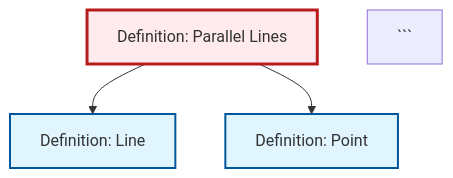
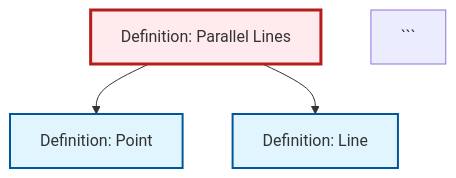
One commit to RK0429/ModernMath changed the diagram in output/mermaid/def-parallel.mermaid. Above: the diagram before and after it, drawn with Mermaid. The commit also changed other lines of this file and 433 other files, not shown here.

````diff
--- a/output/mermaid/def-parallel.mermaid
+++ b/output/mermaid/def-parallel.mermaid
@@ -1,14 +1,14 @@
 %%| fig-cap: "Local dependency graph"
 graph TD
     classDef definition fill:#e1f5fe,stroke:#01579b,stroke-width:2px
     classDef theorem fill:#f3e5f5,stroke:#4a148c,stroke-width:2px
     classDef axiom fill:#fff3e0,stroke:#e65100,stroke-width:2px
     classDef example fill:#e8f5e9,stroke:#1b5e20,stroke-width:2px
     classDef current fill:#ffebee,stroke:#b71c1c,stroke-width:3px
+    def-parallel["Definition: Parallel Lines"]:::definition
     def-point["Definition: Point"]:::definition
-    def-parallel["Definition: Parallel Lines"]:::definition
     def-line["Definition: Line"]:::definition
+    def-parallel --> def-point
     def-parallel --> def-line
-    def-parallel --> def-point
     class def-parallel current
 ```
````
